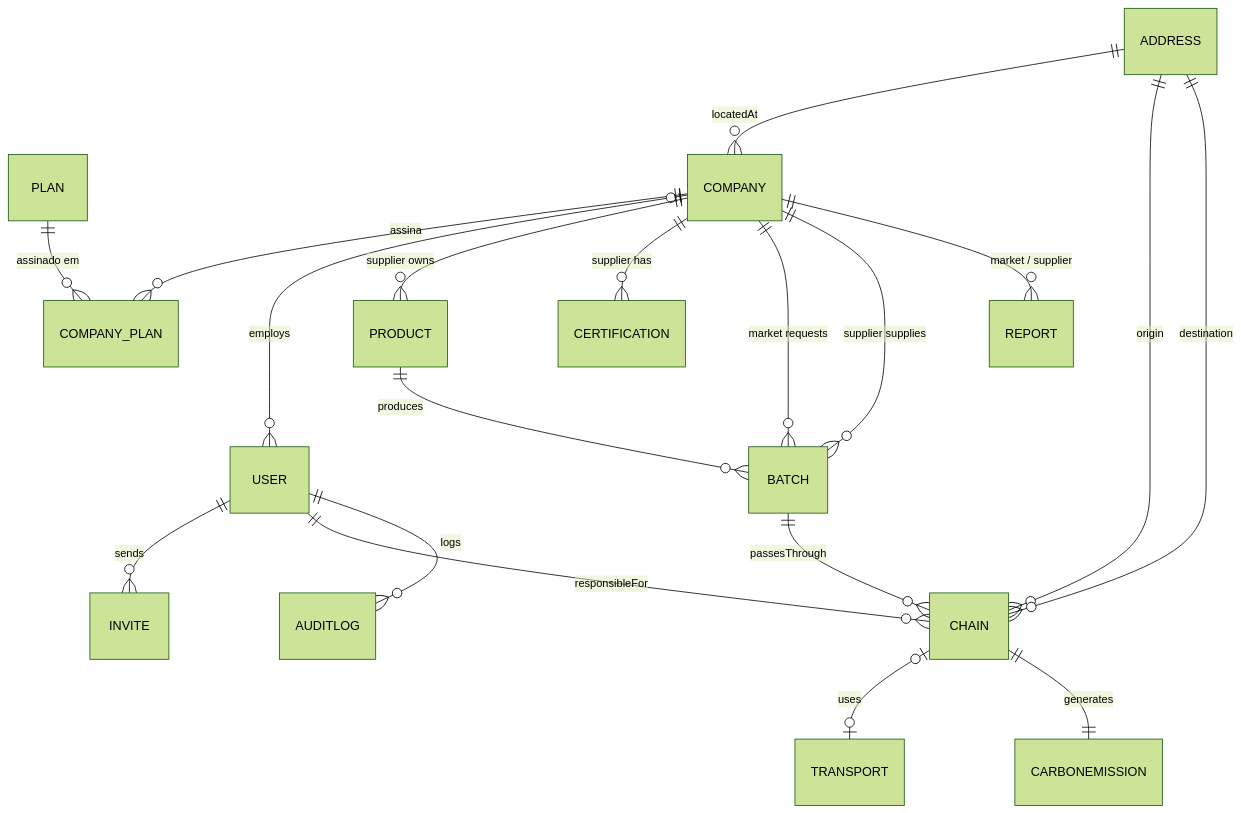
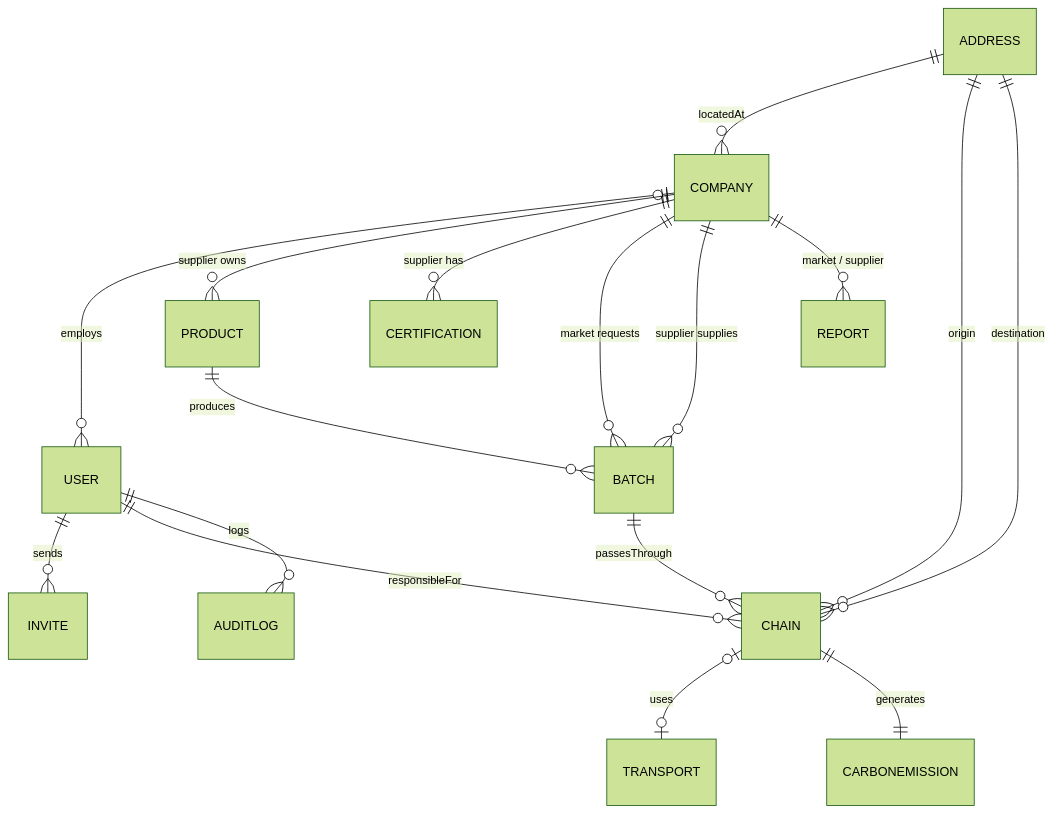
Before and after one commit to matheusnascimentods/supply-chain-verde-api: the diagram in docs/features/000-base/reference.md, drawn with Mermaid (forest theme). The commit also changed other lines of this file and 2 other files, not shown here.

First line of the commit message:
docs: tira os planos dos diagramas, dos DTOs e da ADR 0003

````diff
--- a/docs/features/000-base/reference.md
+++ b/docs/features/000-base/reference.md
@@ -203,21 +202,19 @@
 ```mermaid
 erDiagram
-  PLAN ||--o{ COMPANY_PLAN : "assinado em"
-  COMPANY ||--o{ COMPANY_PLAN : assina
   ADDRESS ||--o{ COMPANY : locatedAt
   COMPANY |o--o{ USER : employs
   USER ||--o{ INVITE : sends
   COMPANY ||--o{ PRODUCT : "supplier owns"
   COMPANY ||--o{ CERTIFICATION : "supplier has"
   COMPANY ||--o{ BATCH : "market requests"
   COMPANY ||--o{ BATCH : "supplier supplies"
   PRODUCT ||--o{ BATCH : produces
   BATCH ||--o{ CHAIN : passesThrough
   ADDRESS ||--o{ CHAIN : origin
   ADDRESS ||--o{ CHAIN : destination
   USER ||--o{ CHAIN : responsibleFor
   CHAIN |o--o| TRANSPORT : uses
   CHAIN ||--|| CARBONEMISSION : generates
   COMPANY ||--o{ REPORT : "market / supplier"
   USER ||--o{ AUDITLOG : logs
 ```
````
